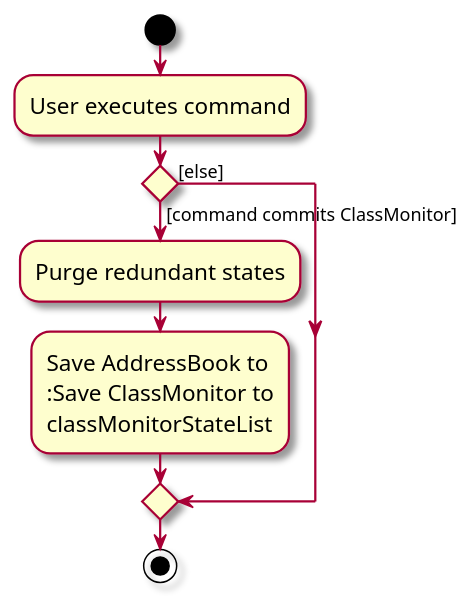
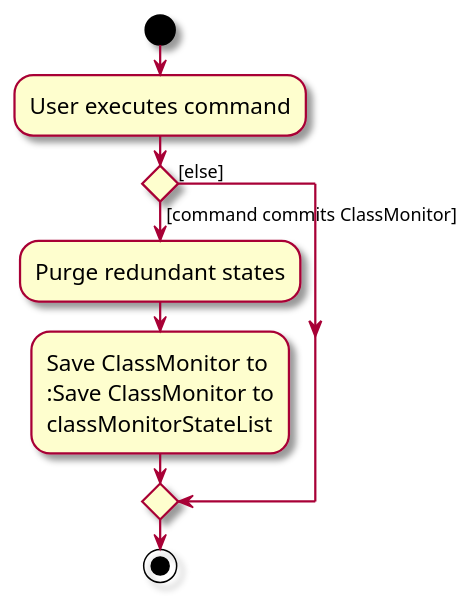
The diagram in docs/diagrams/CommitActivityDiagram.puml (c-wenlong/tp), drawn with PlantUML before and after one commit. The commit also changed 37 other files, not shown here.

```diff
--- a/docs/diagrams/CommitActivityDiagram.puml
+++ b/docs/diagrams/CommitActivityDiagram.puml
@@ -1,19 +1,19 @@
 @startuml
 skin rose
 skinparam ActivityFontSize 15
 skinparam ArrowFontSize 12
 start
 :User executes command;
 
 'Since the beta syntax does not support placing the condition outside the
 'diamond we place it as the true branch instead.
 
 if () then ([command commits ClassMonitor])
     :Purge redundant states;
-    :Save AddressBook to
+    :Save ClassMonitor to
     :Save ClassMonitor to
     classMonitorStateList;
 else ([else])
 endif
 stop
 @enduml
```
